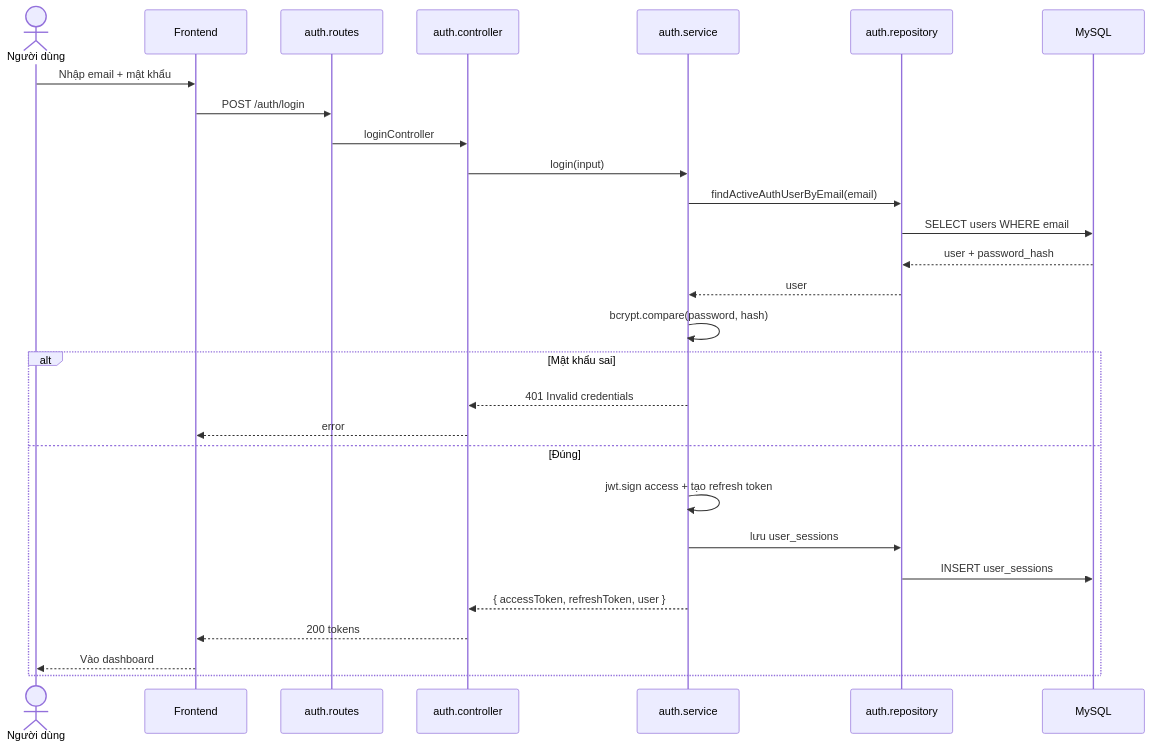
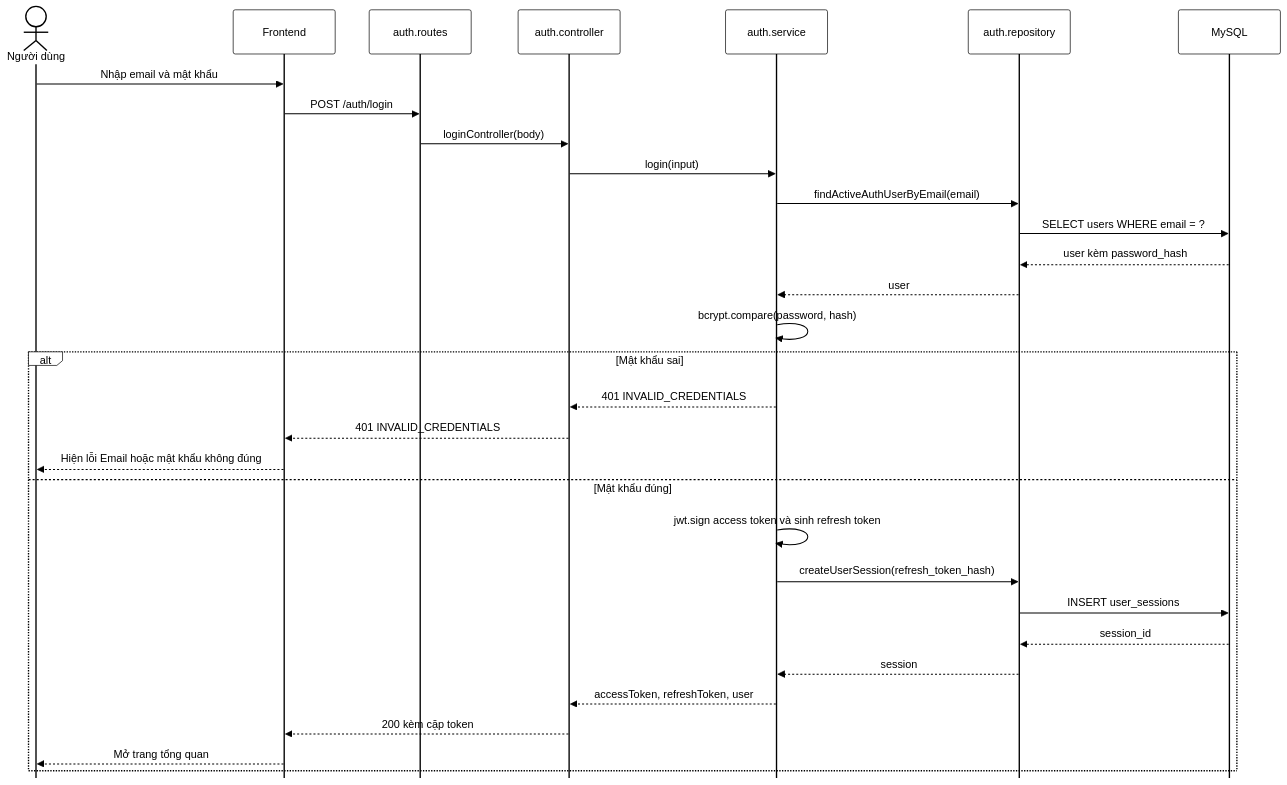
Before and after one commit to nguyenthihongnhu-dotcom/luanvan2026: diagram 17 of 54 in THIET_KE_HE_THONG.md, drawn with Mermaid. The commit also changed other lines of this file and 170 other files, not shown here.

````diff
--- a/THIET_KE_HE_THONG.md
+++ b/THIET_KE_HE_THONG.md
@@ -732,31 +1175,73 @@
 ```mermaid
+%%{init: {
+  'theme': 'base',
+  'themeVariables': {
+    'primaryColor': '#ffffff',
+    'primaryBorderColor': '#000000',
+    'primaryTextColor': '#000000',
+    'secondaryColor': '#ffffff',
+    'secondaryBorderColor': '#000000',
+    'secondaryTextColor': '#000000',
+    'tertiaryColor': '#ffffff',
+    'tertiaryBorderColor': '#000000',
+    'tertiaryTextColor': '#000000',
+    'lineColor': '#000000',
+    'textColor': '#000000',
+    'mainBkg': '#ffffff',
+    'nodeBorder': '#000000',
+    'clusterBkg': '#ffffff',
+    'clusterBorder': '#000000',
+    'edgeLabelBackground': '#ffffff',
+    'fontSize': '14px',
+    'actorBkg': '#ffffff',
+    'actorBorder': '#000000',
+    'actorTextColor': '#000000',
+    'actorLineColor': '#000000',
+    'signalColor': '#000000',
+    'signalTextColor': '#000000',
+    'labelBoxBkgColor': '#ffffff',
+    'labelBoxBorderColor': '#000000',
+    'labelTextColor': '#000000',
+    'loopTextColor': '#000000',
+    'noteBkgColor': '#ffffff',
+    'noteBorderColor': '#000000',
+    'noteTextColor': '#000000',
+    'activationBkgColor': '#ffffff',
+    'activationBorderColor': '#000000',
+    'altBackground': '#ffffff'
+  },
+  'sequence': { 'mirrorActors': false, 'messageMargin': 40, 'boxMargin': 10, 'useMaxWidth': false }
+}}%%
 sequenceDiagram
     actor U as Người dùng
     participant FE as Frontend
     participant R as auth.routes
     participant C as auth.controller
     participant S as auth.service
     participant Repo as auth.repository
     participant DB as MySQL
 
-    U->>FE: Nhập email + mật khẩu
+    U->>FE: Nhập email và mật khẩu
     FE->>R: POST /auth/login
-    R->>C: loginController
+    R->>C: loginController(body)
     C->>S: login(input)
     S->>Repo: findActiveAuthUserByEmail(email)
-    Repo->>DB: SELECT users WHERE email
-    DB-->>Repo: user + password_hash
+    Repo->>DB: SELECT users WHERE email = ?
+    DB-->>Repo: user kèm password_hash
     Repo-->>S: user
     S->>S: bcrypt.compare(password, hash)
     alt Mật khẩu sai
-        S-->>C: 401 Invalid credentials
-        C-->>FE: error
-    else Đúng
-        S->>S: jwt.sign access + tạo refresh token
-        S->>Repo: lưu user_sessions
+        S-->>C: 401 INVALID_CREDENTIALS
+        C-->>FE: 401 INVALID_CREDENTIALS
+        FE-->>U: Hiện lỗi Email hoặc mật khẩu không đúng
+    else Mật khẩu đúng
+        S->>S: jwt.sign access token và sinh refresh token
+        S->>Repo: createUserSession(refresh_token_hash)
         Repo->>DB: INSERT user_sessions
-        S-->>C: { accessToken, refreshToken, user }
-        C-->>FE: 200 tokens
-        FE-->>U: Vào dashboard
+        DB-->>Repo: session_id
+        Repo-->>S: session
+        S-->>C: accessToken, refreshToken, user
+        C-->>FE: 200 kèm cặp token
+        FE-->>U: Mở trang tổng quan
     end
 ```
````
